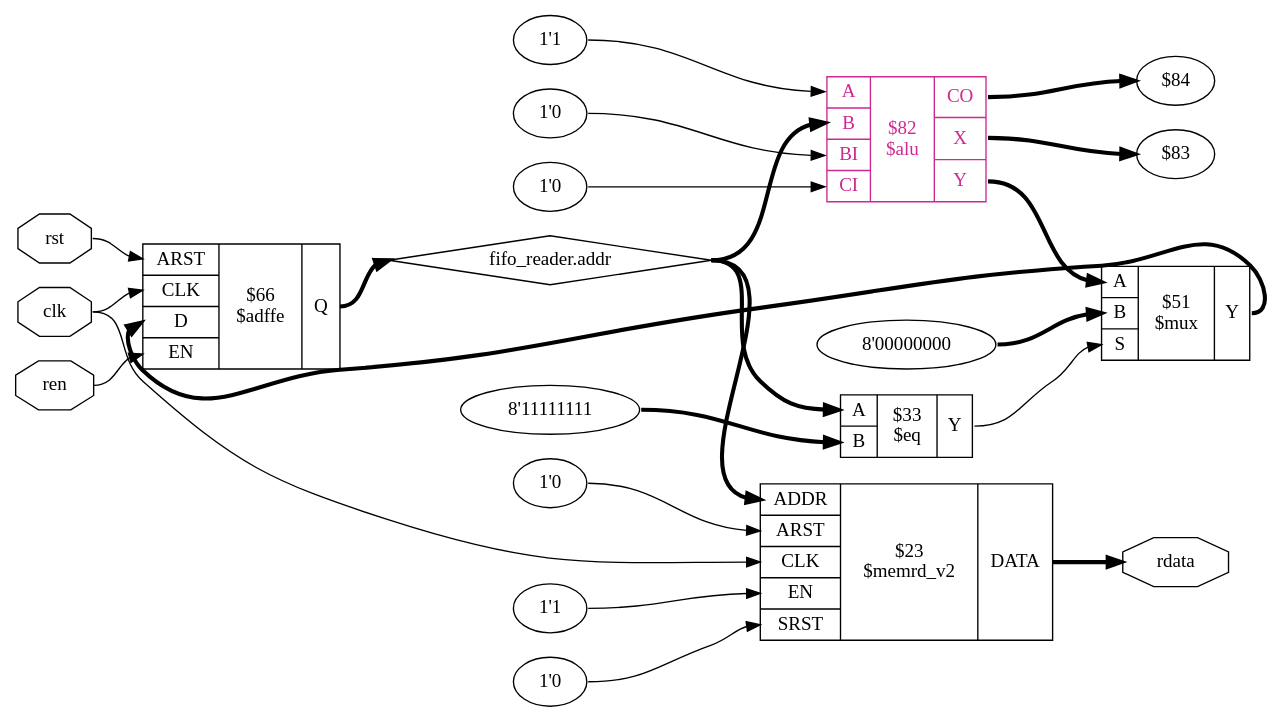
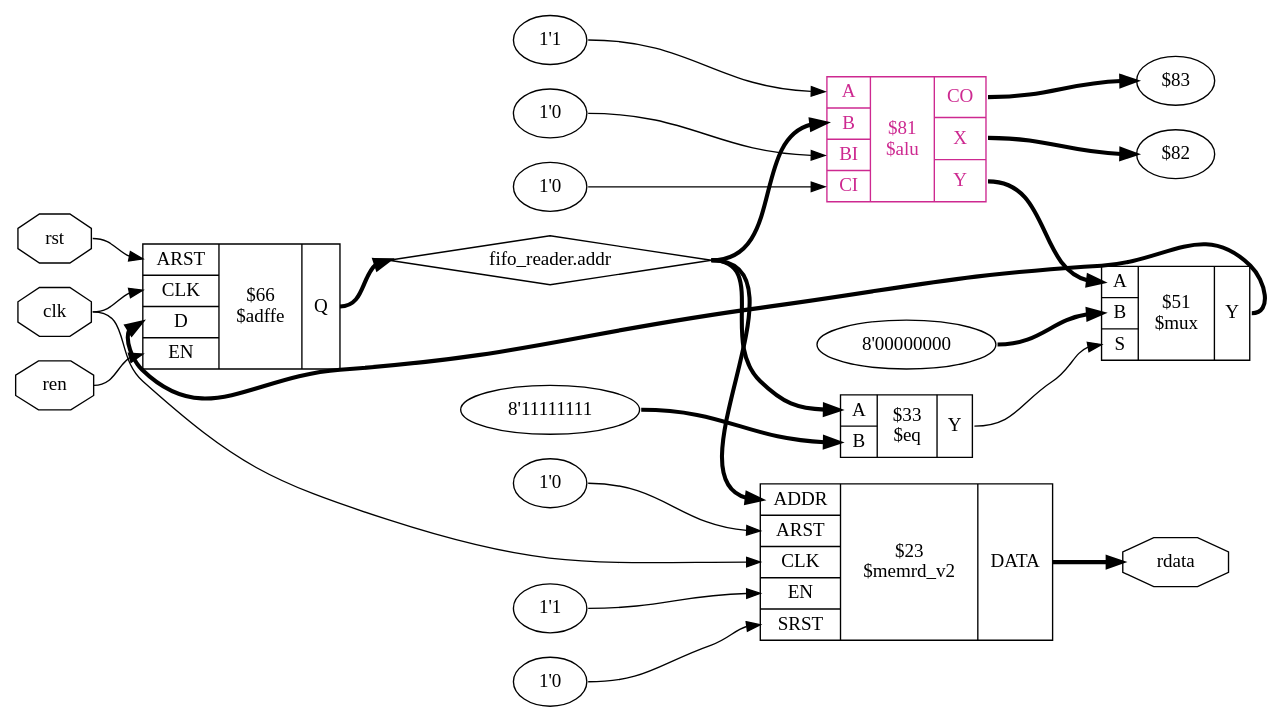
Before and after one commit to YosysHQ-Docs/yosys-cmd-ref: the diagram in source/_images/code_examples/fifo/rdata_alumacc.dot, drawn with Graphviz. The commit also changed 112 other files, not shown here.

```diff
--- a/source/_images/code_examples/fifo/rdata_alumacc.dot
+++ b/source/_images/code_examples/fifo/rdata_alumacc.dot
@@ -1,46 +1,46 @@
 digraph "fifo" {
 rankdir="LR";
 remincross=true;
 n4 [ shape=octagon, label="clk", color="black", fontcolor="black" ];
 n5 [ shape=diamond, label="fifo_reader.addr", color="black", fontcolor="black" ];
 n6 [ shape=octagon, label="rdata", color="black", fontcolor="black" ];
 n7 [ shape=octagon, label="ren", color="black", fontcolor="black" ];
 n8 [ shape=octagon, label="rst", color="black", fontcolor="black" ];
 c14 [ shape=record, label="{{<p9> ARST|<p10> CLK|<p11> D|<p12> EN}|$66\n$adffe|{<p13> Q}}",  ];
-v0 [ label="$84" ];
-v1 [ label="$83" ];
+v0 [ label="$83" ];
+v1 [ label="$82" ];
 v2 [ label="1'0" ];
 v3 [ label="1'0" ];
 v4 [ label="1'1" ];
-c22 [ shape=record, label="{{<p15> A|<p16> B|<p17> BI|<p18> CI}|$82\n$alu|{<p19> CO|<p20> X|<p21> Y}}", color="maroon3", fontcolor="maroon3" ];
+c22 [ shape=record, label="{{<p15> A|<p16> B|<p17> BI|<p18> CI}|$81\n$alu|{<p19> CO|<p20> X|<p21> Y}}", color="maroon3", fontcolor="maroon3" ];
 v5 [ label="8'11111111" ];
 c23 [ shape=record, label="{{<p15> A|<p16> B}|$33\n$eq|{<p21> Y}}",  ];
 v6 [ label="8'00000000" ];
 c25 [ shape=record, label="{{<p15> A|<p16> B|<p24> S}|$51\n$mux|{<p21> Y}}",  ];
 v7 [ label="1'0" ];
 v8 [ label="1'0" ];
 v9 [ label="1'1" ];
 c29 [ shape=record, label="{{<p26> ADDR|<p9> ARST|<p10> CLK|<p12> EN|<p27> SRST}|$23\n$memrd_v2|{<p28> DATA}}",  ];
 c22:p21:e -> c25:p15:w [color="black", fontcolor="black", style="setlinewidth(3)", label=""];
 c23:p21:e -> c25:p24:w [color="black", fontcolor="black", label=""];
 c25:p21:e -> c14:p11:w [color="black", fontcolor="black", style="setlinewidth(3)", label=""];
 n4:e -> c14:p10:w [color="black", fontcolor="black", label=""];
 n4:e -> c29:p10:w [color="black", fontcolor="black", label=""];
 c14:p13:e -> n5:w [color="black", fontcolor="black", style="setlinewidth(3)", label=""];
 n5:e -> c22:p16:w [color="black", fontcolor="black", style="setlinewidth(3)", label=""];
 n5:e -> c23:p15:w [color="black", fontcolor="black", style="setlinewidth(3)", label=""];
 n5:e -> c29:p26:w [color="black", fontcolor="black", style="setlinewidth(3)", label=""];
 c29:p28:e -> n6:w [color="black", fontcolor="black", style="setlinewidth(3)", label=""];
 n7:e -> c14:p12:w [color="black", fontcolor="black", label=""];
 n8:e -> c14:p9:w [color="black", fontcolor="black", label=""];
 c22:p19:e -> v0:w [color="black", fontcolor="black", style="setlinewidth(3)", label=""];
 c22:p20:e -> v1:w [color="black", fontcolor="black", style="setlinewidth(3)", label=""];
 v2:e -> c22:p17:w [color="black", fontcolor="black", label=""];
 v3:e -> c22:p18:w [color="black", fontcolor="black", label=""];
 v4:e -> c22:p15:w [color="black", fontcolor="black", label=""];
 v5:e -> c23:p16:w [color="black", fontcolor="black", style="setlinewidth(3)", label=""];
 v6:e -> c25:p16:w [color="black", fontcolor="black", style="setlinewidth(3)", label=""];
 v7:e -> c29:p27:w [color="black", fontcolor="black", label=""];
 v8:e -> c29:p9:w [color="black", fontcolor="black", label=""];
 v9:e -> c29:p12:w [color="black", fontcolor="black", label=""];
 }
```
